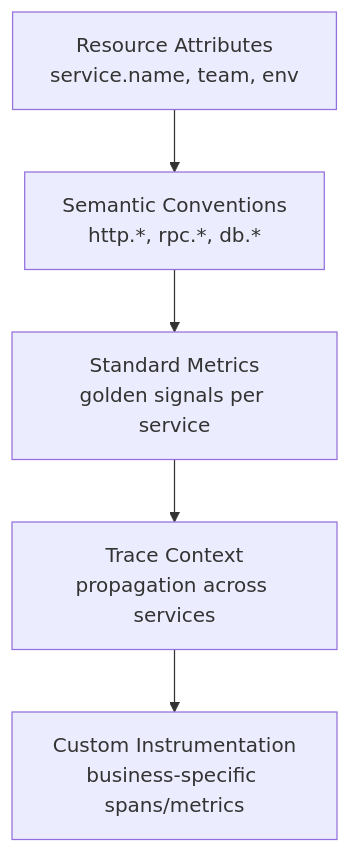
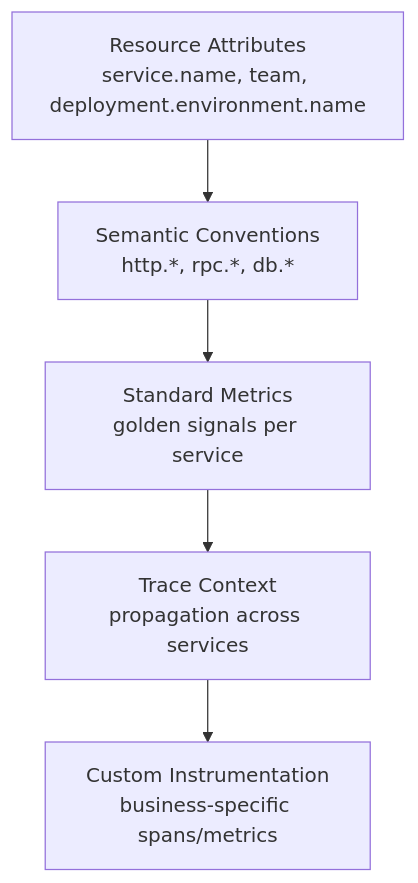
The diagram in posts/2026-02-06-standardize-telemetry-instrumentation-microservices-opentelemetry/README.md (OneUptime/blog), drawn with Mermaid before and after one commit. The commit also changed other lines of this file and 2 other files, not shown here.

````diff
--- a/posts/2026-02-06-standardize-telemetry-instrumentation-microservices-opentelemetry/README.md
+++ b/posts/2026-02-06-standardize-telemetry-instrumentation-microservices-opentelemetry/README.md
@@ -15,7 +15,7 @@
 ```mermaid
 flowchart TD
-    A[Resource Attributes<br/>service.name, team, env] --> B[Semantic Conventions<br/>http.*, rpc.*, db.*]
+    A[Resource Attributes<br/>service.name, team, deployment.environment.name] --> B[Semantic Conventions<br/>http.*, rpc.*, db.*]
     B --> C[Standard Metrics<br/>golden signals per service]
     C --> D[Trace Context<br/>propagation across services]
     D --> E[Custom Instrumentation<br/>business-specific spans/metrics]
 ```
````
